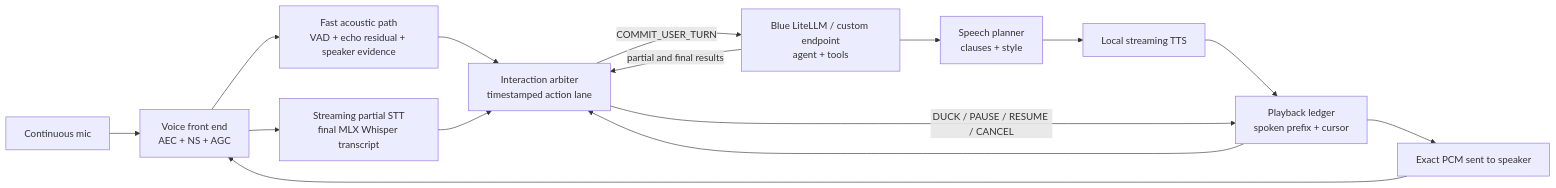
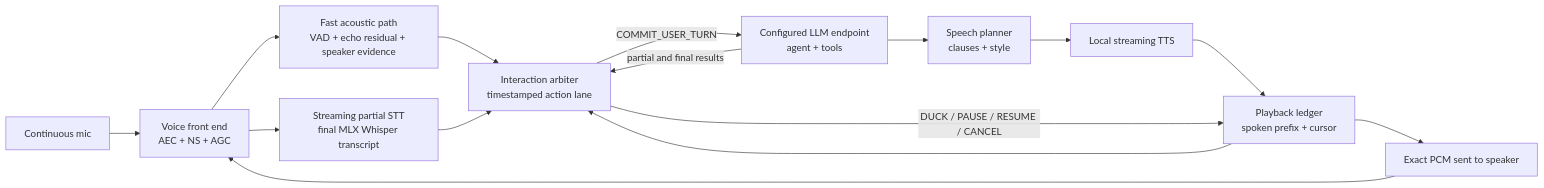
Before and after one commit to 42euge/geno-voice: the diagram in docs/research/full-duplex-recent-literature.md, drawn with Mermaid. The commit also changed other lines of this file and 13 other files, not shown here.

````diff
--- a/docs/research/full-duplex-recent-literature.md
+++ b/docs/research/full-duplex-recent-literature.md
@@ -270,17 +270,17 @@
 ```mermaid
 flowchart LR
     Mic[Continuous mic] --> Front[Voice front end<br/>AEC + NS + AGC]
     Render[Exact PCM sent to speaker] --> Front
     Front --> Fast[Fast acoustic path<br/>VAD + echo residual + speaker evidence]
     Front --> STT[Streaming partial STT<br/>final MLX Whisper transcript]
     Fast --> Arbiter[Interaction arbiter<br/>timestamped action lane]
     STT --> Arbiter
     Playback[Playback ledger<br/>spoken prefix + cursor] --> Arbiter
-    Arbiter -->|COMMIT_USER_TURN| Brain[Blue LiteLLM / custom endpoint<br/>agent + tools]
+    Arbiter -->|COMMIT_USER_TURN| Brain[Configured LLM endpoint<br/>agent + tools]
     Brain --> Planner[Speech planner<br/>clauses + style]
     Planner --> TTS[Local streaming TTS]
     TTS --> Playback
     Playback --> Render
     Arbiter -->|DUCK / PAUSE / RESUME / CANCEL| Playback
     Brain -->|partial and final results| Arbiter
 ```
````
